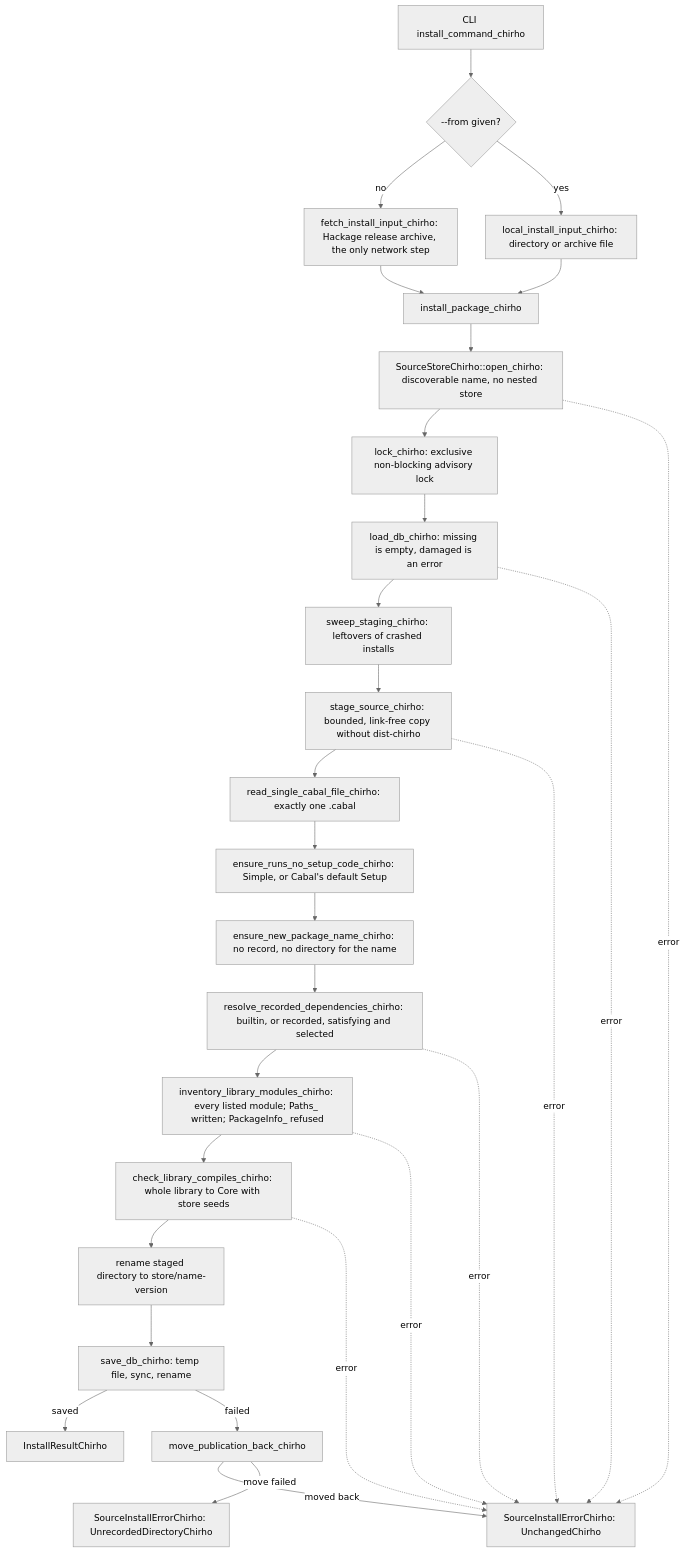
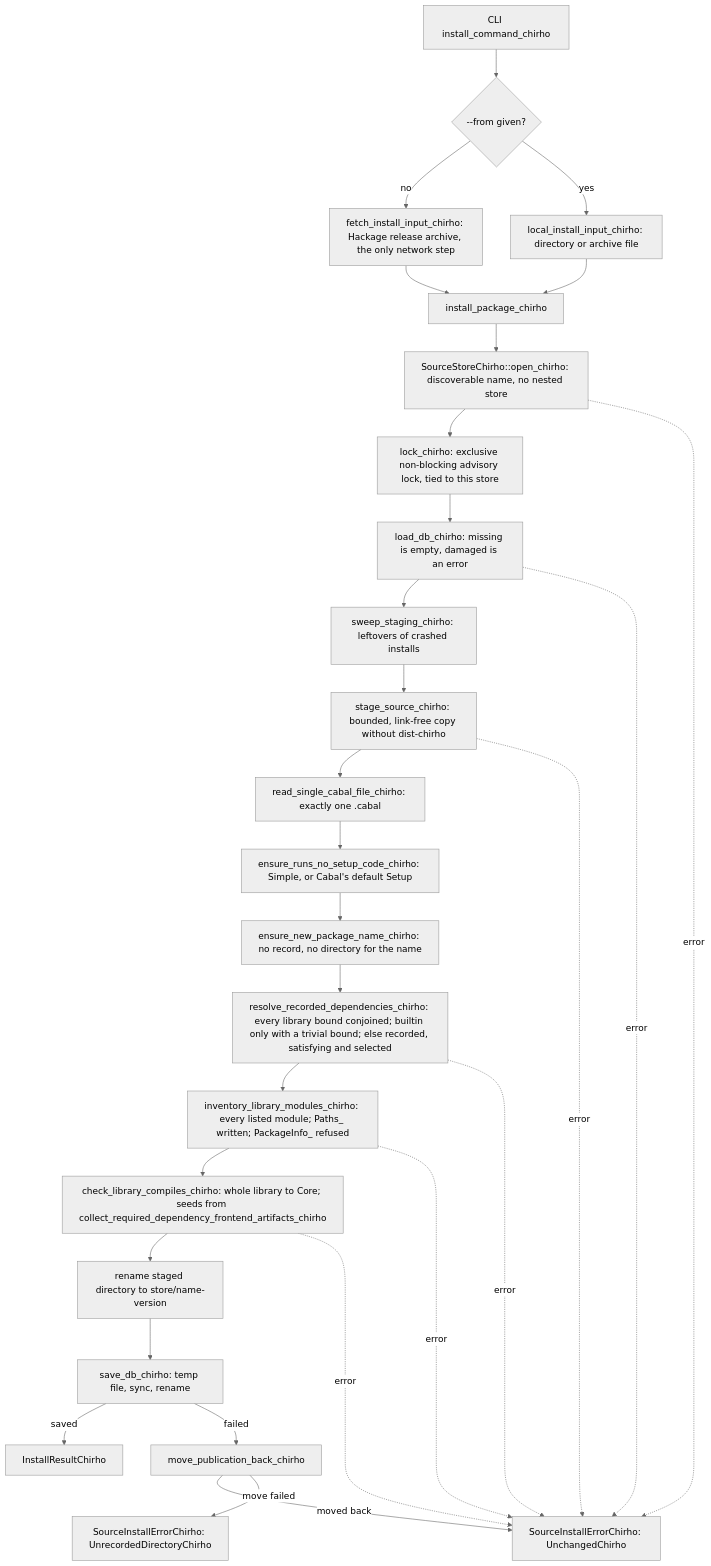
Before and after one commit to loveJesus/haskelujah-chirho: the diagram in spec-chirho/workflows-chirho/development-chirho/package-source-install-chirho.md, drawn with Mermaid (neutral theme). The commit also changed other lines of this file and 11 other files, not shown here.

First line of the commit message:
Correct source install's dependency truth and store bounds (row 703 review) Chirho

````diff
--- a/spec-chirho/workflows-chirho/development-chirho/package-source-install-chirho.md
+++ b/spec-chirho/workflows-chirho/development-chirho/package-source-install-chirho.md
@@ -16,31 +16,31 @@
 ```mermaid
 flowchart TD
   cli["CLI install_command_chirho"] --> choice{"--from given?"}
   choice -- no --> fetch["fetch_install_input_chirho: Hackage release archive, the only network step"]
   choice -- yes --> local["local_install_input_chirho: directory or archive file"]
   fetch --> install["install_package_chirho"]
   local --> install
   install --> open["SourceStoreChirho::open_chirho: discoverable name, no nested store"]
-  open --> lock["lock_chirho: exclusive non-blocking advisory lock"]
+  open --> lock["lock_chirho: exclusive non-blocking advisory lock, tied to this store"]
   lock --> load["load_db_chirho: missing is empty, damaged is an error"]
   load --> sweep["sweep_staging_chirho: leftovers of crashed installs"]
   sweep --> stage["stage_source_chirho: bounded, link-free copy without dist-chirho"]
   stage --> cabal["read_single_cabal_file_chirho: exactly one .cabal"]
   cabal --> setup["ensure_runs_no_setup_code_chirho: Simple, or Cabal's default Setup"]
   setup --> name["ensure_new_package_name_chirho: no record, no directory for the name"]
-  name --> deps["resolve_recorded_dependencies_chirho: builtin, or recorded, satisfying and selected"]
+  name --> deps["resolve_recorded_dependencies_chirho: every library bound conjoined; builtin only with a trivial bound; else recorded, satisfying and selected"]
   deps --> inventory["inventory_library_modules_chirho: every listed module; Paths_ written; PackageInfo_ refused"]
-  inventory --> check["check_library_compiles_chirho: whole library to Core with store seeds"]
+  inventory --> check["check_library_compiles_chirho: whole library to Core; seeds from collect_required_dependency_frontend_artifacts_chirho"]
   check --> publish["rename staged directory to store/name-version"]
   publish --> save["save_db_chirho: temp file, sync, rename"]
   save -- saved --> done["InstallResultChirho"]
   save -- failed --> back["move_publication_back_chirho"]
   back -- moved back --> unchanged["SourceInstallErrorChirho: UnchangedChirho"]
   back -- move failed --> unrecorded["SourceInstallErrorChirho: UnrecordedDirectoryChirho"]
   open -. error .-> unchanged
   load -. error .-> unchanged
   stage -. error .-> unchanged
   deps -. error .-> unchanged
   inventory -. error .-> unchanged
   check -. error .-> unchanged
 ```
````
